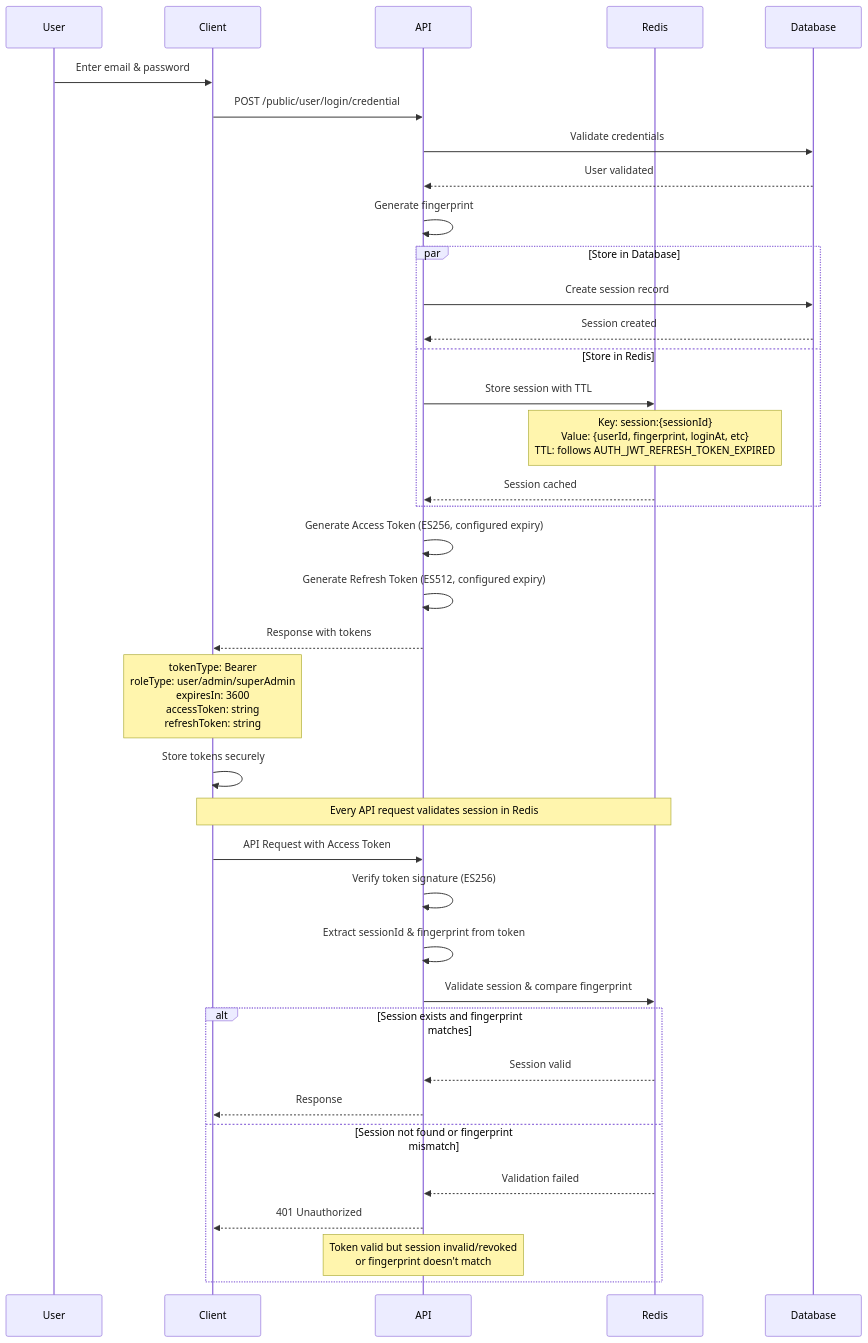
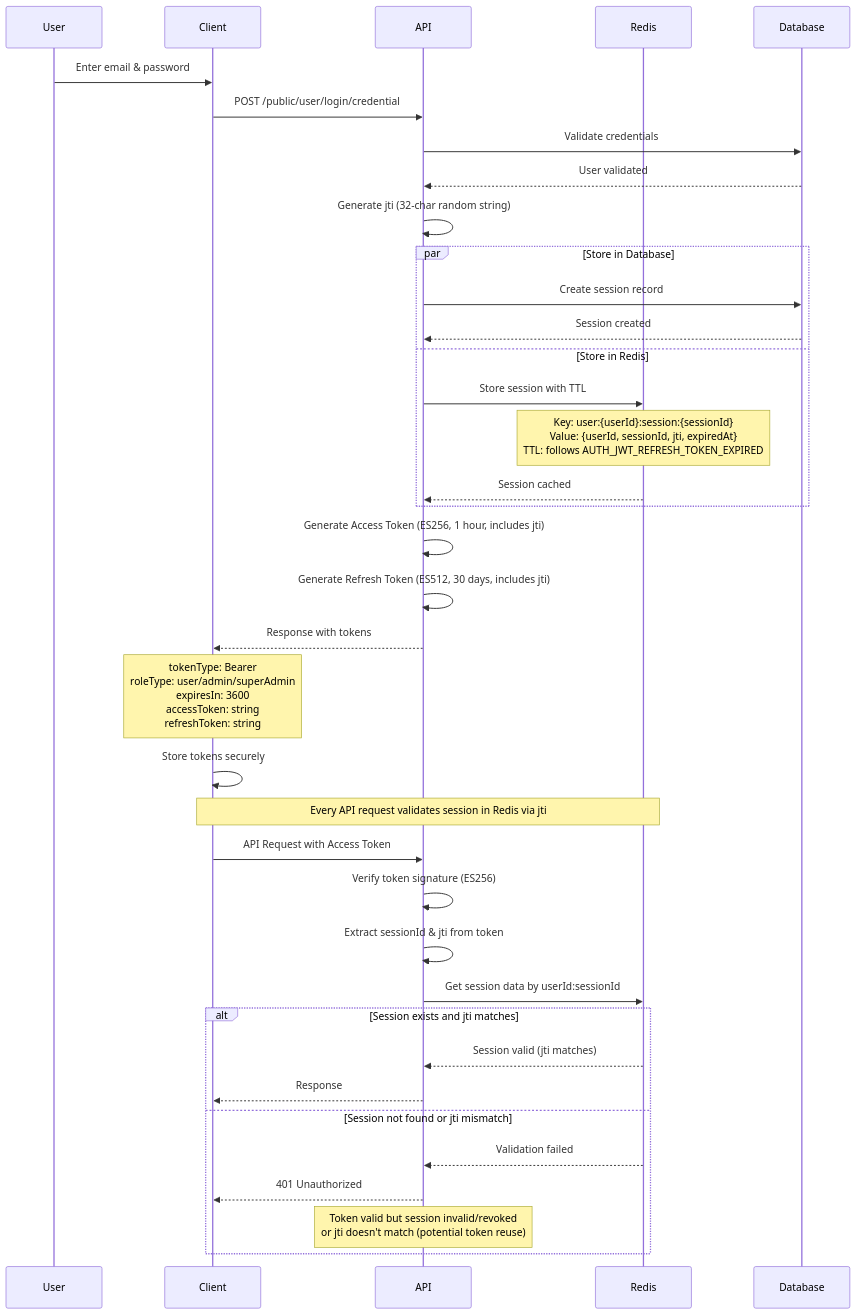
Before and after one commit to fedi-dayeg/complete-nestjs-boilerplate: the second of 7 diagrams in docs/authentication.md, drawn with Mermaid. The commit also changed other lines of this file, not shown here.

````diff
--- a/docs/authentication.md
+++ b/docs/authentication.md
@@ -228,48 +226,48 @@
 ```mermaid
 sequenceDiagram
     participant User
     participant Client
     participant API
     participant Redis
     participant Database
 
     User->>Client: Enter email & password
     Client->>API: POST /public/user/login/credential
     API->>Database: Validate credentials
     Database-->>API: User validated
-    
-    API->>API: Generate fingerprint
+
+    API->>API: Generate jti (32-char random string)
     
     par Store in Database
         API->>Database: Create session record
         Database-->>API: Session created
     and Store in Redis
         API->>Redis: Store session with TTL
-        Note over Redis: Key: session:{sessionId}<br/>Value: {userId, fingerprint, loginAt, etc}<br/>TTL: follows AUTH_JWT_REFRESH_TOKEN_EXPIRED
+        Note over Redis: Key: user:{userId}:session:{sessionId}<br/>Value: {userId, sessionId, jti, expiredAt}<br/>TTL: follows AUTH_JWT_REFRESH_TOKEN_EXPIRED
         Redis-->>API: Session cached
     end
-    
-    API->>API: Generate Access Token (ES256, configured expiry)
-    API->>API: Generate Refresh Token (ES512, configured expiry)
+
+    API->>API: Generate Access Token (ES256, 1 hour, includes jti)
+    API->>API: Generate Refresh Token (ES512, 30 days, includes jti)
     
     API-->>Client: Response with tokens
     Note over Client: tokenType: Bearer<br/>roleType: user/admin/superAdmin<br/>expiresIn: 3600<br/>accessToken: string<br/>refreshToken: string
     
     Client->>Client: Store tokens securely
-    
-    Note over Client,Redis: Every API request validates session in Redis
+
+    Note over Client,Redis: Every API request validates session in Redis via jti
     
     Client->>API: API Request with Access Token
     API->>API: Verify token signature (ES256)
-    API->>API: Extract sessionId & fingerprint from token
-    API->>Redis: Validate session & compare fingerprint
-    
-    alt Session exists and fingerprint matches
-        Redis-->>API: Session valid
+    API->>API: Extract sessionId & jti from token
+    API->>Redis: Get session data by userId:sessionId
+
+    alt Session exists and jti matches
+        Redis-->>API: Session valid (jti matches)
         API-->>Client: Response
-    else Session not found or fingerprint mismatch
+    else Session not found or jti mismatch
         Redis-->>API: Validation failed
         API-->>Client: 401 Unauthorized
-        Note over API: Token valid but session invalid/revoked<br/>or fingerprint doesn't match
+        Note over API: Token valid but session invalid/revoked<br/>or jti doesn't match (potential token reuse)
     end
 ```
````
